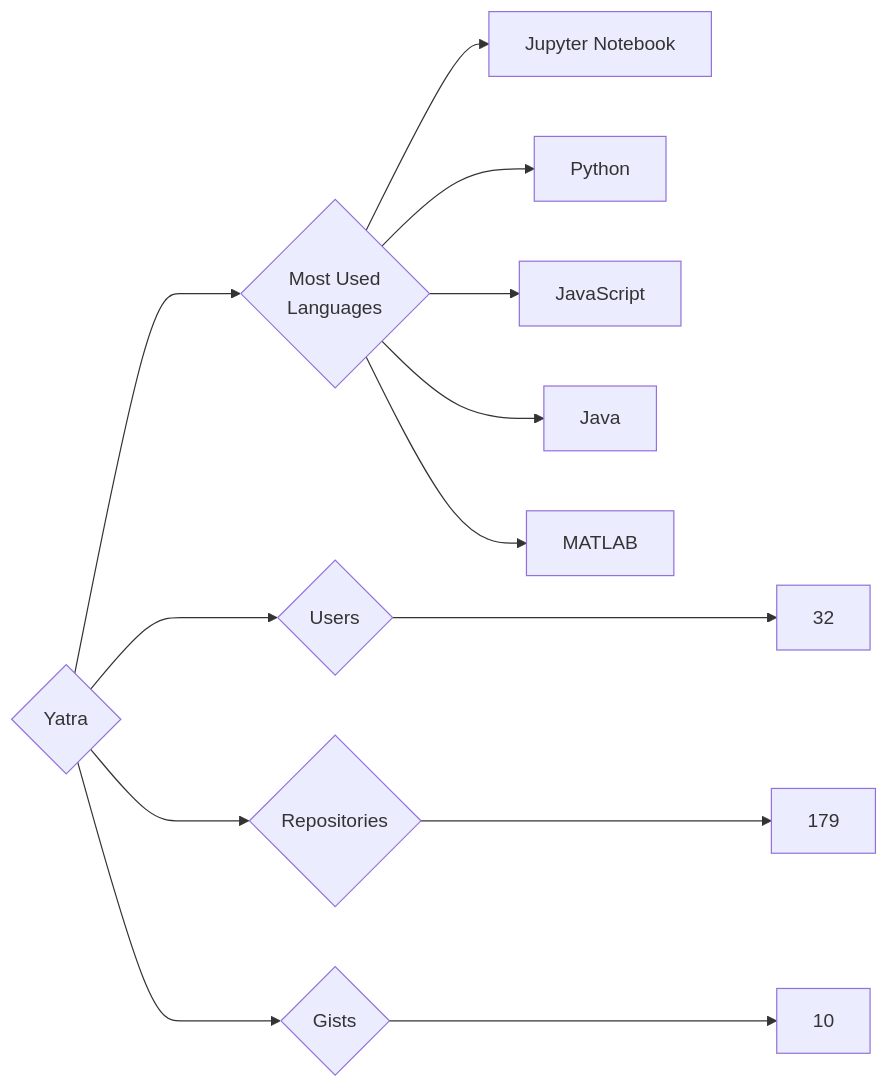
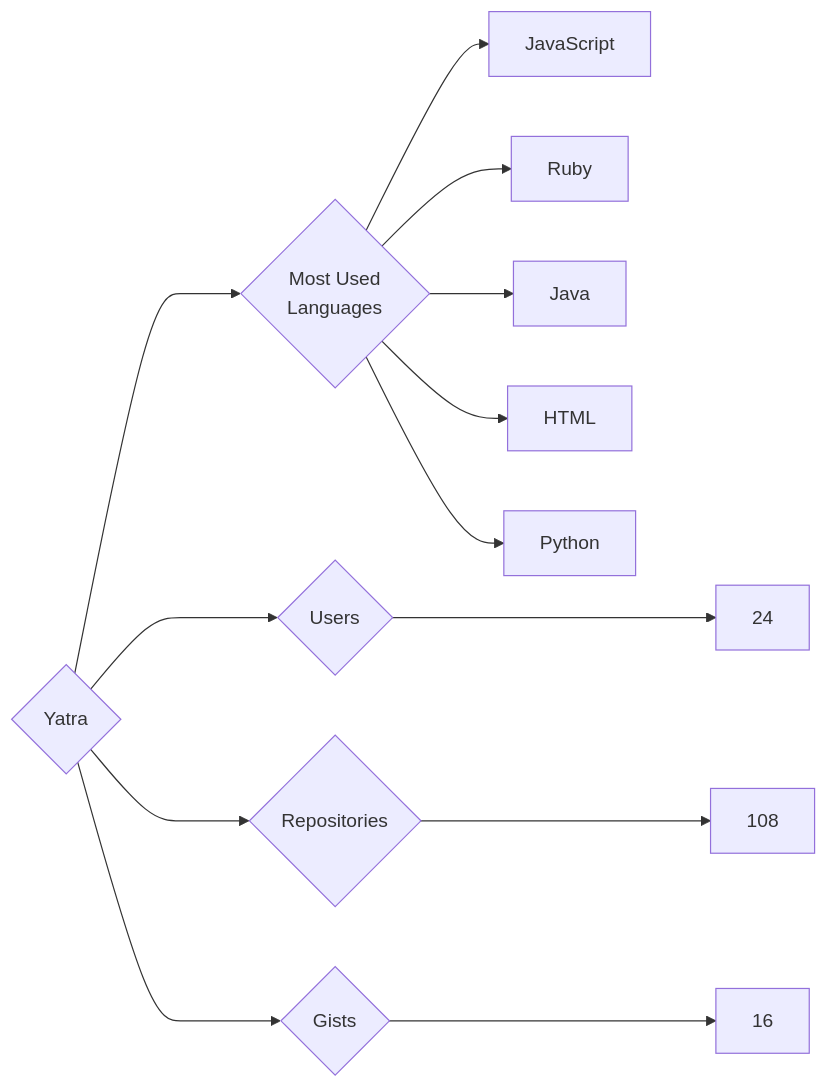
One commit to trickest/insiders changed the diagram in targets/Yatra/README.md. Above: the diagram before and after it, drawn with Mermaid. The commit also changed 1011 other files, not shown here.

````diff
--- a/targets/Yatra/README.md
+++ b/targets/Yatra/README.md
@@ -3,13 +3,13 @@
 ```mermaid
 graph LR
 COMPANY_NAME{Yatra}
-COMPANY_NAME ---> U{Users} ---> UN[32]
-COMPANY_NAME ---> R{Repositories} ---> RN[179]
-COMPANY_NAME ---> G{Gists} ---> GN[10]
+COMPANY_NAME ---> U{Users} ---> UN[24]
+COMPANY_NAME ---> R{Repositories} ---> RN[108]
+COMPANY_NAME ---> G{Gists} ---> GN[16]
 COMPANY_NAME ---> ML{Most Used<br>Languages}
-ML --> Jupyter_Notebook[Jupyter Notebook]
+ML --> JavaScript[JavaScript]
+ML --> Ruby[Ruby]
+ML --> Java[Java]
+ML --> HTML[HTML]
 ML --> Python[Python]
-ML --> JavaScript[JavaScript]
-ML --> Java[Java]
-ML --> MATLAB[MATLAB]
 ```
````
